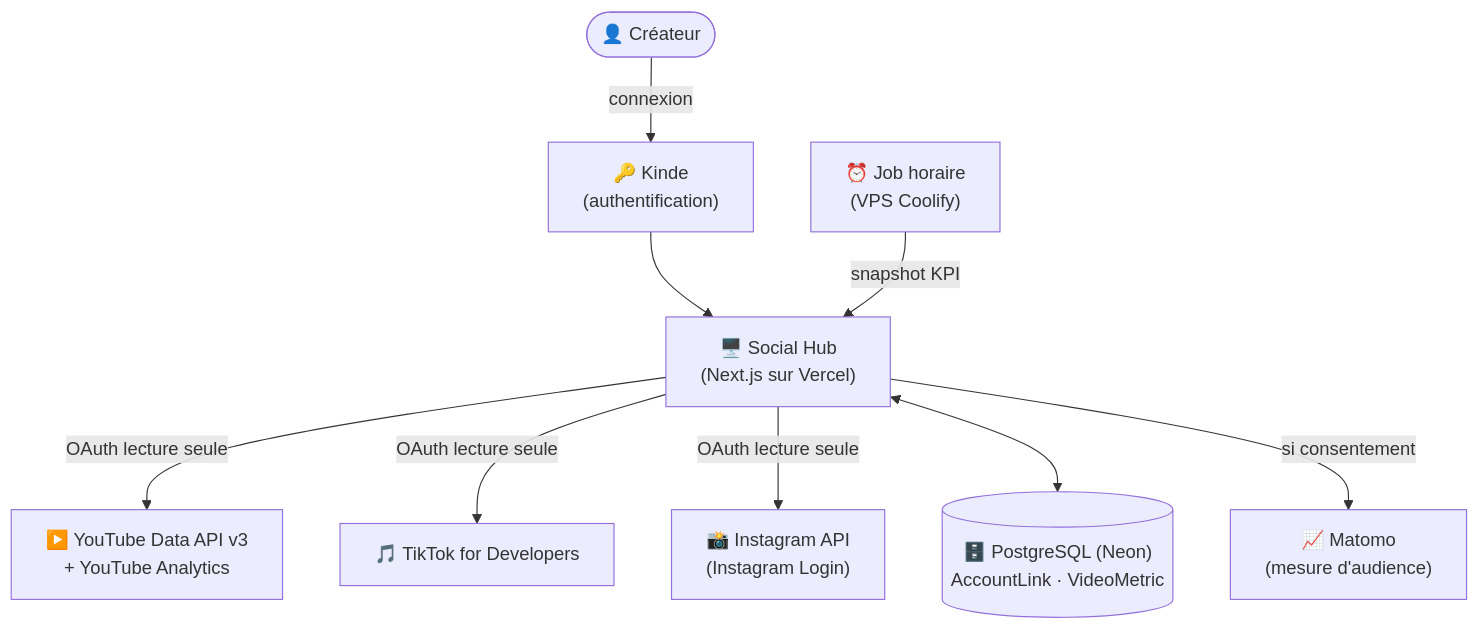
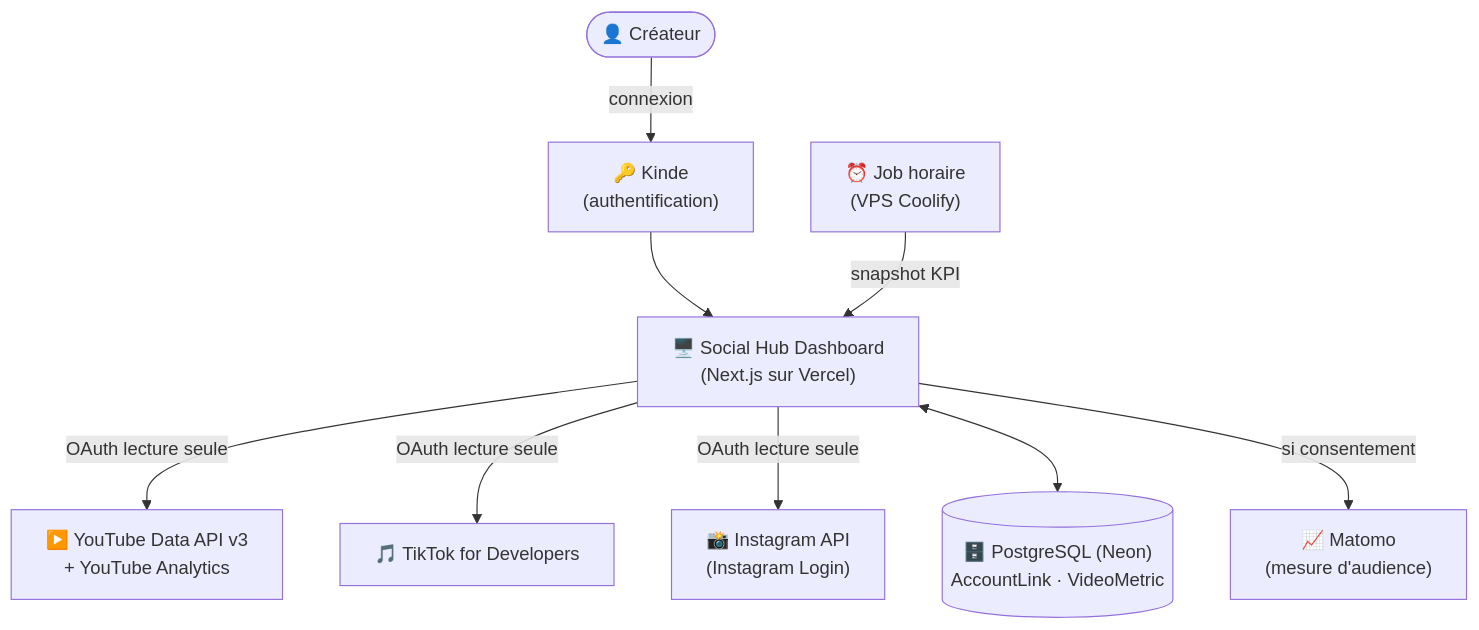
One commit to Paullux/SocialHubDashboard changed the diagram in 03-architecture.md. Above: the diagram before and after it, drawn with Mermaid. The commit also changed other lines of this file and 7 other files, not shown here.

First line of the commit message:
Renomme la marque en « Social Hub Dashboard »

````diff
--- a/03-architecture.md
+++ b/03-architecture.md
@@ -38,15 +38,15 @@
 ```mermaid
 flowchart TD
     User(["👤 Créateur"]) -->|connexion| Kinde["🔑 Kinde\n(authentification)"]
-    Kinde --> App["🖥️ Social Hub\n(Next.js sur Vercel)"]
+    Kinde --> App["🖥️ Social Hub Dashboard\n(Next.js sur Vercel)"]
 
     App -->|OAuth lecture seule| YT["▶️ YouTube Data API v3\n+ YouTube Analytics"]
     App -->|OAuth lecture seule| TT["🎵 TikTok for Developers"]
     App -->|OAuth lecture seule| IG["📸 Instagram API\n(Instagram Login)"]
 
     App <--> DB[("🗄️ PostgreSQL (Neon)\nAccountLink · VideoMetric")]
 
     Cron["⏰ Job horaire\n(VPS Coolify)"] -->|snapshot KPI| App
 
     App -->|si consentement| Matomo["📈 Matomo\n(mesure d'audience)"]
 ```
````
